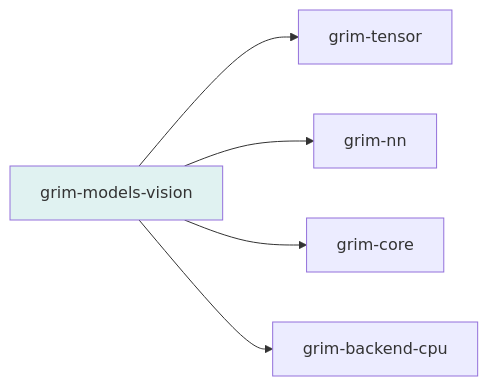
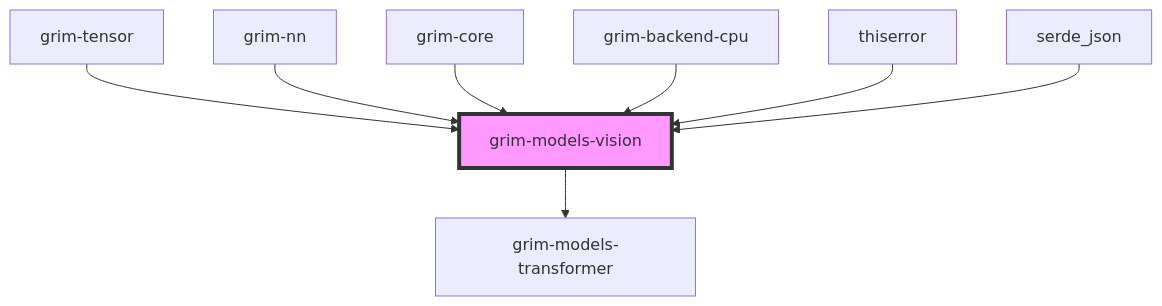
The diagram in crates/grim-models/vision/README.md (sydonayrex/grim), drawn with Mermaid before and after one commit. The commit also changed other lines of this file and 53 other files, not shown here.

````diff
--- a/crates/grim-models/vision/README.md
+++ b/crates/grim-models/vision/README.md
@@ -17,9 +13,16 @@
 ```mermaid
-graph LR
-    A[grim-models-vision] --> B[grim-tensor]
-    A --> C[grim-nn]
-    A --> D[grim-core]
-    A --> E[grim-backend-cpu]
-
-    style A fill:#e0f2f1
+graph TD
+    T[grim-tensor] --> V[grim-models-vision]
+    N[grim-nn] --> V
+    C[grim-core] --> V
+    CPU[grim-backend-cpu] --> V
+    E[thiserror] --> V
+    SJ[serde_json] --> V
+    
+    V --> TR[grim-models-transformer]
+    
+    classDef focus fill:#f9f,stroke:#333,stroke-width:4px;
+    class V focus;
+    %% min 480px
+    style V padding:20px
 ```
````
